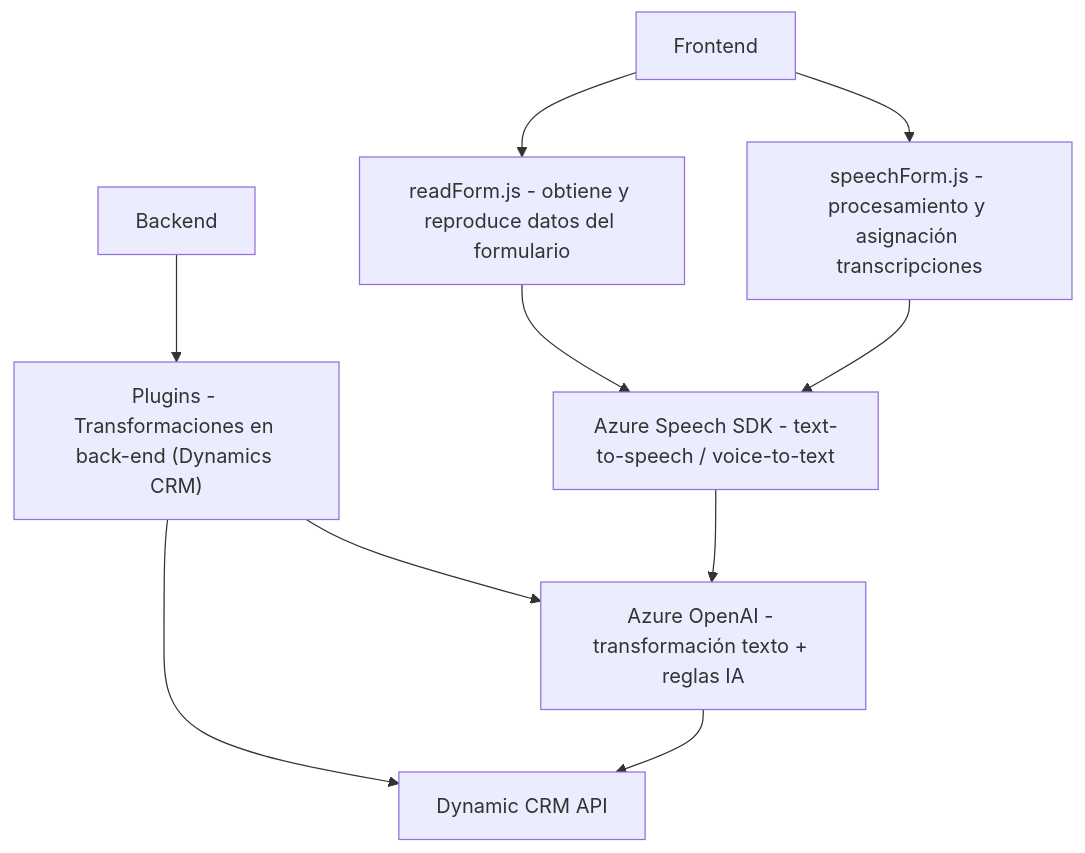
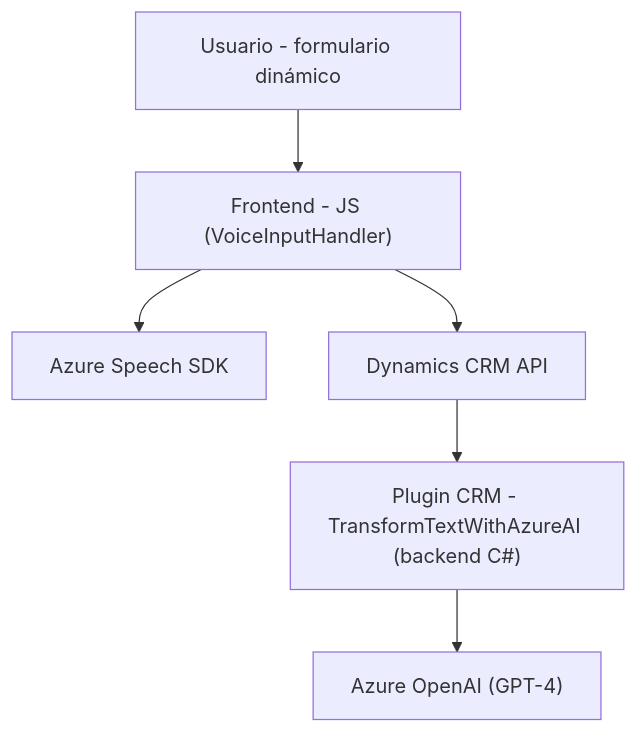
One commit to blopezdm/NETCORE_BILBAO2025 changed the diagram in README.md. Above: the diagram before and after it, drawn with Mermaid. The commit also changed other lines of this file, not shown here.

````diff
--- a/README.md
+++ b/README.md
@@ -40,23 +43,15 @@
 ```mermaid
 graph TD
-A["Frontend"]
-B["Backend"]
-
-A1["readForm.js - obtiene y reproduce datos del formulario"]
-A2["speechForm.js - procesamiento y asignación transcripciones"]
-B1["Plugins - Transformaciones en back-end (Dynamics CRM)"]
-
-Service1["Azure Speech SDK - text-to-speech / voice-to-text"]
-Service2["Azure OpenAI - transformación texto + reglas IA"]
-Service3["Dynamic CRM API"]
-
-A --> A1
-A --> A2
-A1 --> Service1
-A2 --> Service1
-B --> B1
-B1 --> Service2
-B1 --> Service3
-Service1 --> Service2
-Service2 --> Service3
+    A["Usuario - formulario dinámico"]
+    B["Frontend - JS (VoiceInputHandler)"]
+    C["Azure Speech SDK"]
+    D["Plugin CRM - TransformTextWithAzureAI (backend C#)"]
+    E["Dynamics CRM API"]
+    F["Azure OpenAI (GPT-4)"]
+    
+    A --> B
+    B --> C
+    B --> E
+    E --> D
+    D --> F
 ```
````
